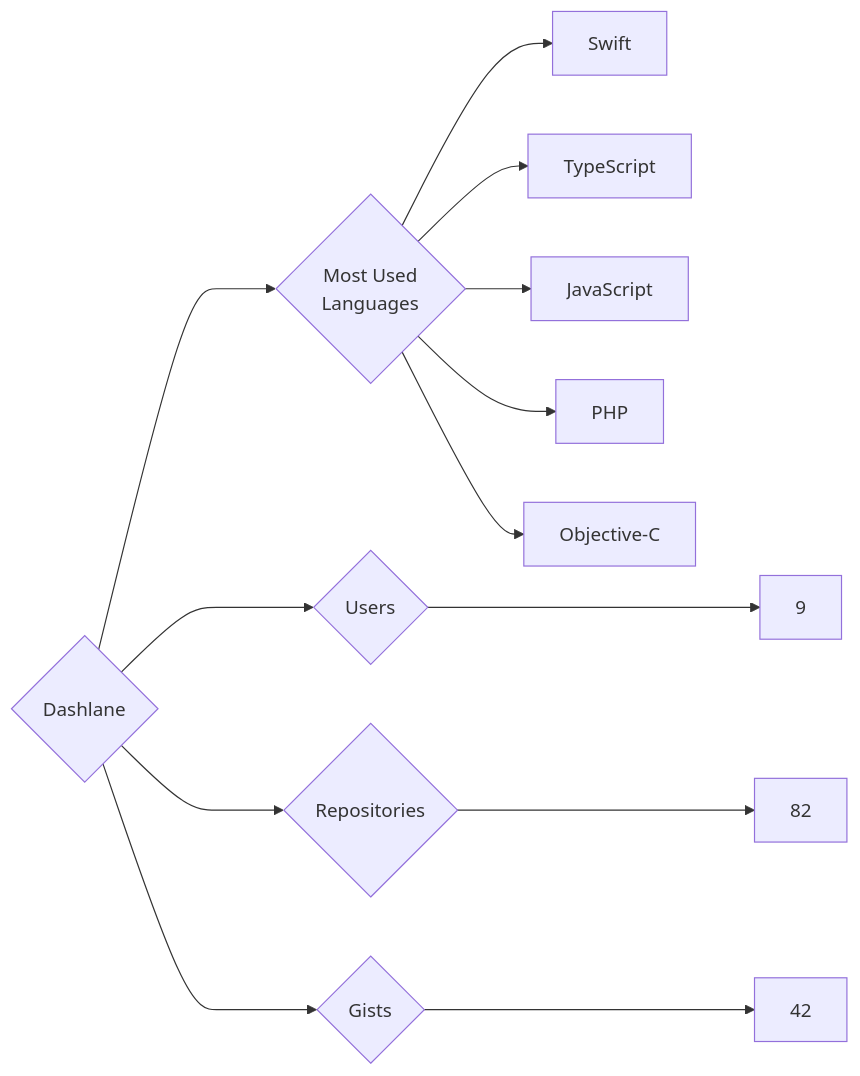
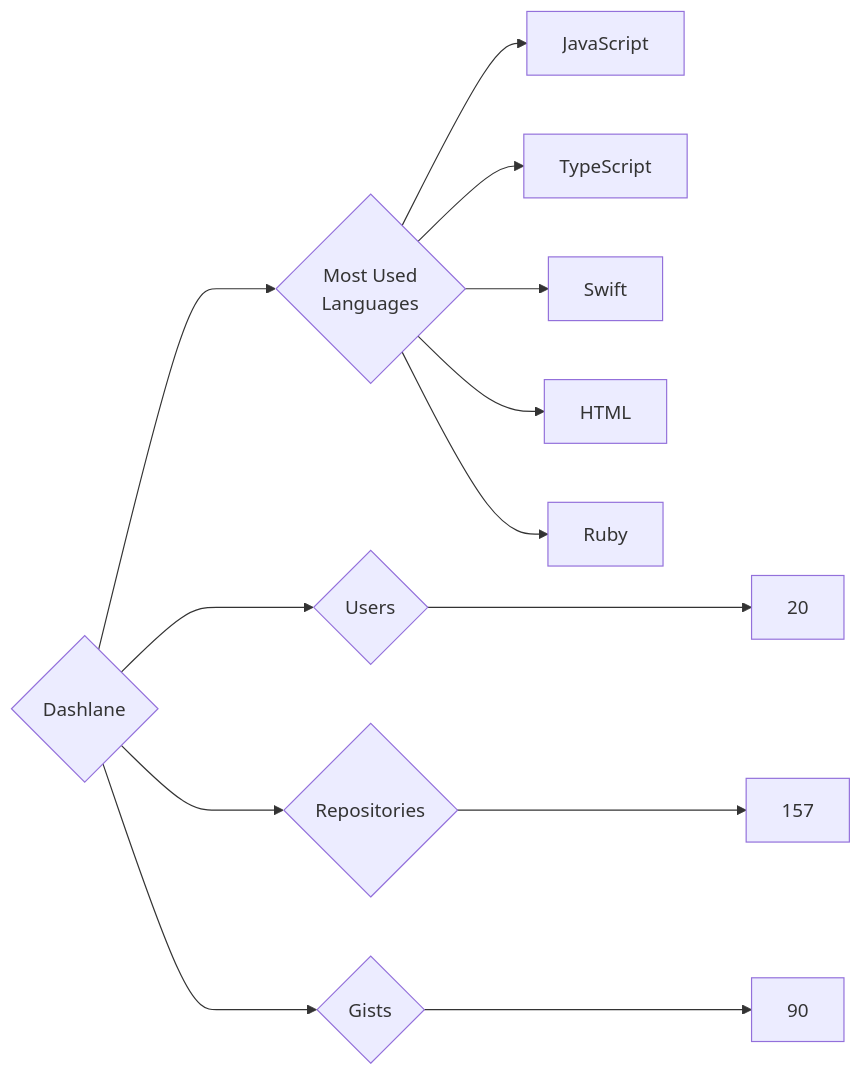
Before and after one commit to trickest/insiders: the diagram in targets/Dashlane/README.md, drawn with Mermaid. The commit also changed 773 other files, not shown here.

````diff
--- a/targets/Dashlane/README.md
+++ b/targets/Dashlane/README.md
@@ -3,13 +3,13 @@
 ```mermaid
 graph LR
 COMPANY_NAME{Dashlane}
-COMPANY_NAME ---> U{Users} ---> UN[9]
-COMPANY_NAME ---> R{Repositories} ---> RN[82]
-COMPANY_NAME ---> G{Gists} ---> GN[42]
+COMPANY_NAME ---> U{Users} ---> UN[20]
+COMPANY_NAME ---> R{Repositories} ---> RN[157]
+COMPANY_NAME ---> G{Gists} ---> GN[90]
 COMPANY_NAME ---> ML{Most Used<br>Languages}
+ML --> JavaScript[JavaScript]
+ML --> TypeScript[TypeScript]
 ML --> Swift[Swift]
-ML --> TypeScript[TypeScript]
-ML --> JavaScript[JavaScript]
-ML --> PHP[PHP]
-ML --> Objective-C[Objective-C]
+ML --> HTML[HTML]
+ML --> Ruby[Ruby]
 ```
````
